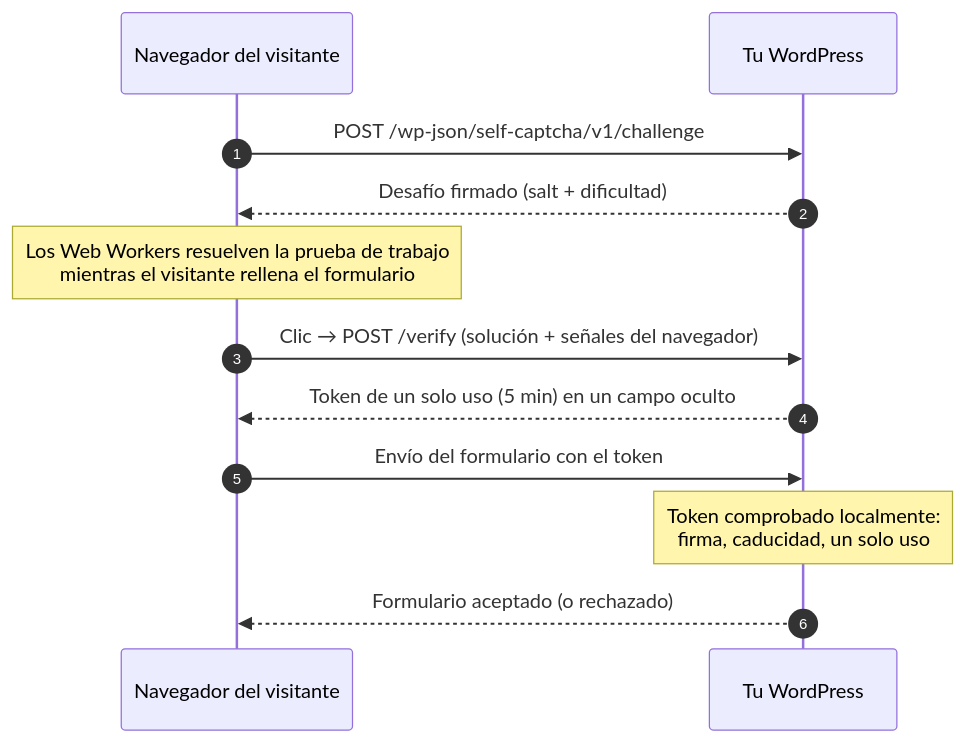
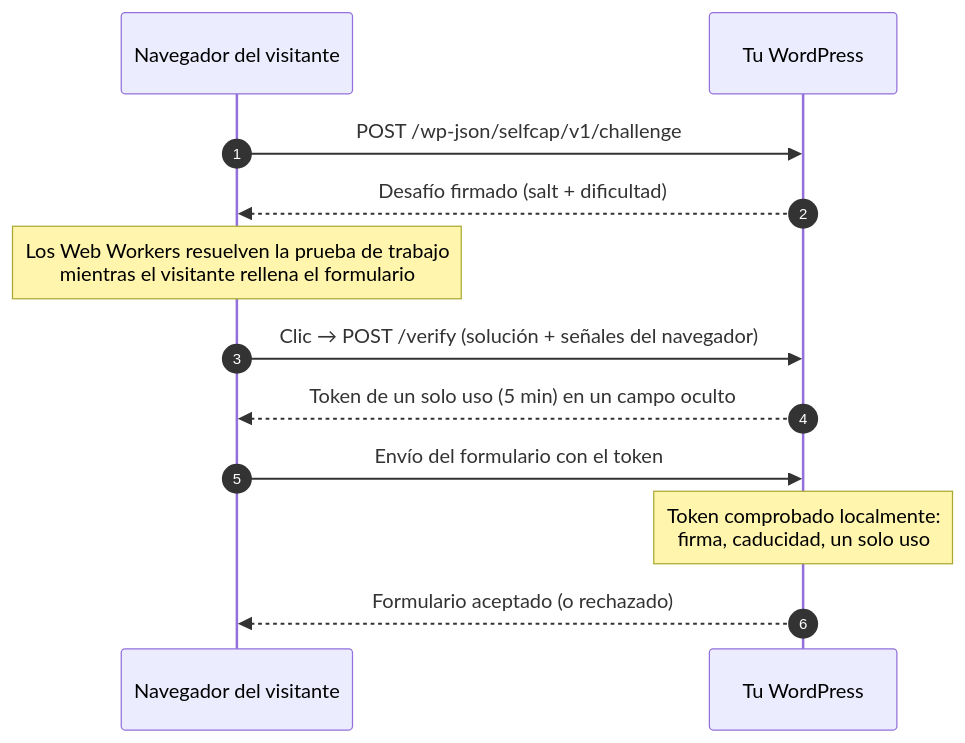
Before and after one commit to christianoerick/selfcap: the diagram in README.es.md, drawn with Mermaid. The commit also changed other lines of this file and 38 other files, not shown here.

````diff
--- a/README.es.md
+++ b/README.es.md
@@ -122,14 +122,14 @@
 ```mermaid
 sequenceDiagram
     autonumber
     participant B as Navegador del visitante
     participant W as Tu WordPress
-    B->>W: POST /wp-json/self-captcha/v1/challenge
+    B->>W: POST /wp-json/selfcap/v1/challenge
     W-->>B: Desafío firmado (salt + dificultad)
     Note over B: Los Web Workers resuelven la prueba de trabajo<br/>mientras el visitante rellena el formulario
     B->>W: Clic → POST /verify (solución + señales del navegador)
     W-->>B: Token de un solo uso (5 min) en un campo oculto
     B->>W: Envío del formulario con el token
     Note over W: Token comprobado localmente:<br/>firma, caducidad, un solo uso
     W-->>B: Formulario aceptado (o rechazado)
 ```
````
